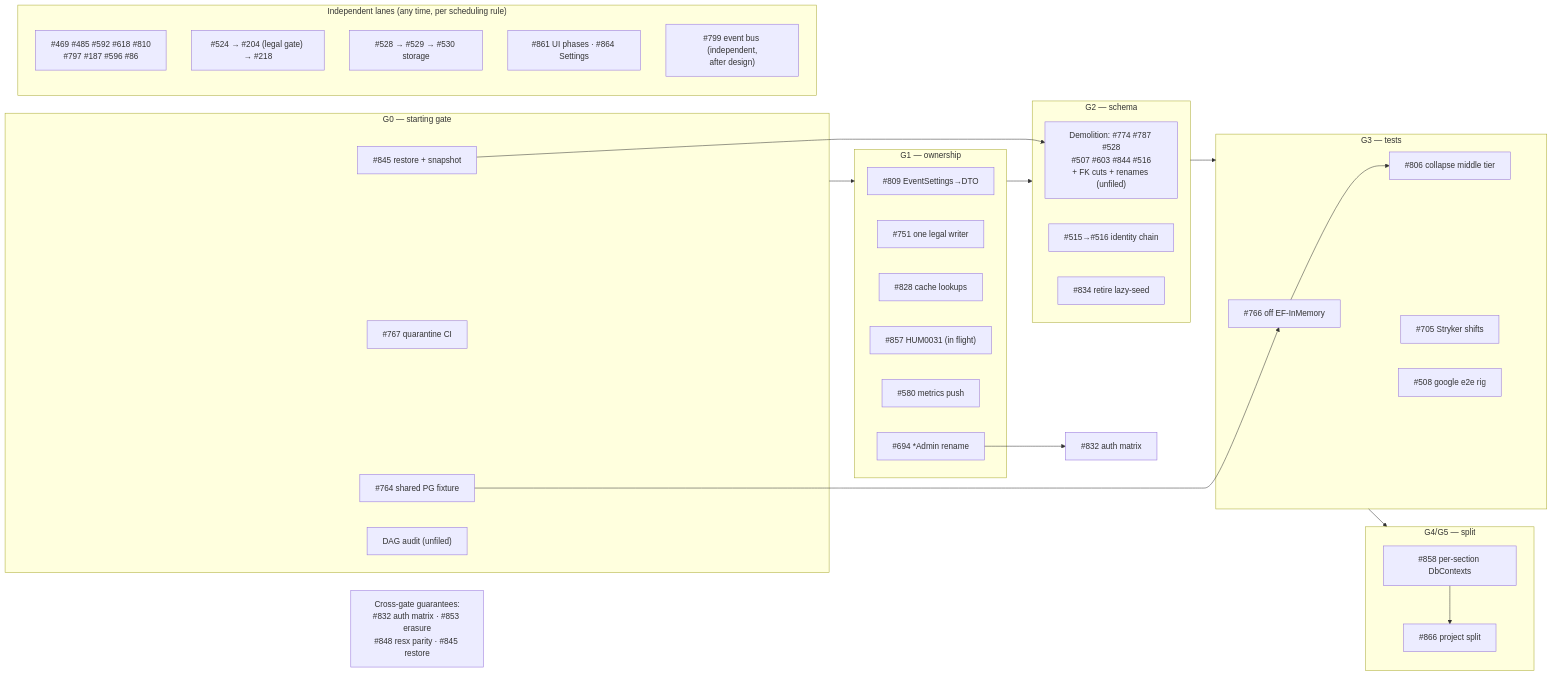
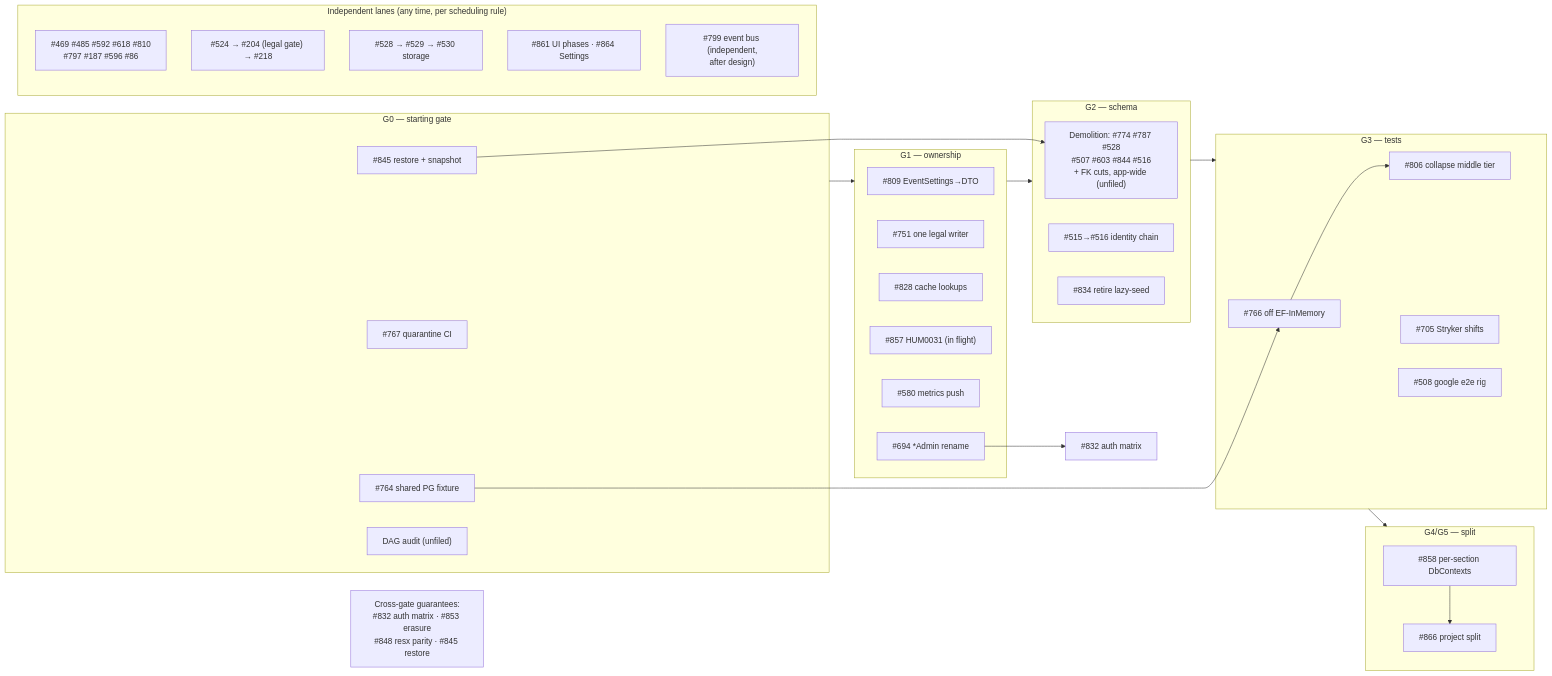
The third of 3 diagrams in docs/plans/2026-06-13-q3-transition-plan.md (peterdrier/Humans), drawn with Mermaid before and after one commit. The commit also changed other lines of this file and 1 other file, not shown here.

````diff
--- a/docs/plans/2026-06-13-q3-transition-plan.md
+++ b/docs/plans/2026-06-13-q3-transition-plan.md
@@ -260,46 +288,46 @@
 ```mermaid
 flowchart LR
     subgraph W0 ["G0 — starting gate"]
         i845["#845 restore + snapshot"]
         i767["#767 quarantine CI"]
         i764["#764 shared PG fixture"]
         dag["DAG audit (unfiled)"]
     end
     subgraph W1 ["G1 — ownership"]
         i809["#809 EventSettings→DTO"]
         i751["#751 one legal writer"]
         i828["#828 cache lookups"]
         i857["#857 HUM0031 (in flight)"]
         i580["#580 metrics push"]
         i694["#694 *Admin rename"]
     end
     subgraph W2 ["G2 — schema"]
-        demo["Demolition: #774 #787 #528<br/>#507 #603 #844 #516<br/>+ FK cuts + renames (unfiled)"]
+        demo["Demolition: #774 #787 #528<br/>#507 #603 #844 #516<br/>+ FK cuts, app-wide (unfiled)"]
         i515["#515→#516 identity chain"]
         i834["#834 retire lazy-seed"]
     end
     subgraph W3 ["G3 — tests"]
         i766["#766 off EF-InMemory"]
         i806["#806 collapse middle tier"]
         i705["#705 Stryker shifts"]
         i508["#508 google e2e rig"]
     end
     subgraph W4 ["G4/G5 — split"]
         i858["#858 per-section DbContexts"]
         split["#866 project split"]
     end
     cross["Cross-gate guarantees:<br/>#832 auth matrix · #853 erasure<br/>#848 resx parity · #845 restore"]
     W0 --> W1 --> W2 --> W3 --> W4
     i858 --> split
     i694 --> i832x["#832 auth matrix"]
     i845 --> demo
     i764 --> i766 --> i806
 
     subgraph features ["Independent lanes (any time, per scheduling rule)"]
         f1["#469 #485 #592 #618 #810<br/>#797 #187 #596 #86"]
         f2["#524 → #204 (legal gate) → #218"]
         f3["#528 → #529 → #530 storage"]
         f4["#861 UI phases · #864 Settings"]
         f5["#799 event bus (independent,<br/>after design)"]
     end
 ```
````
